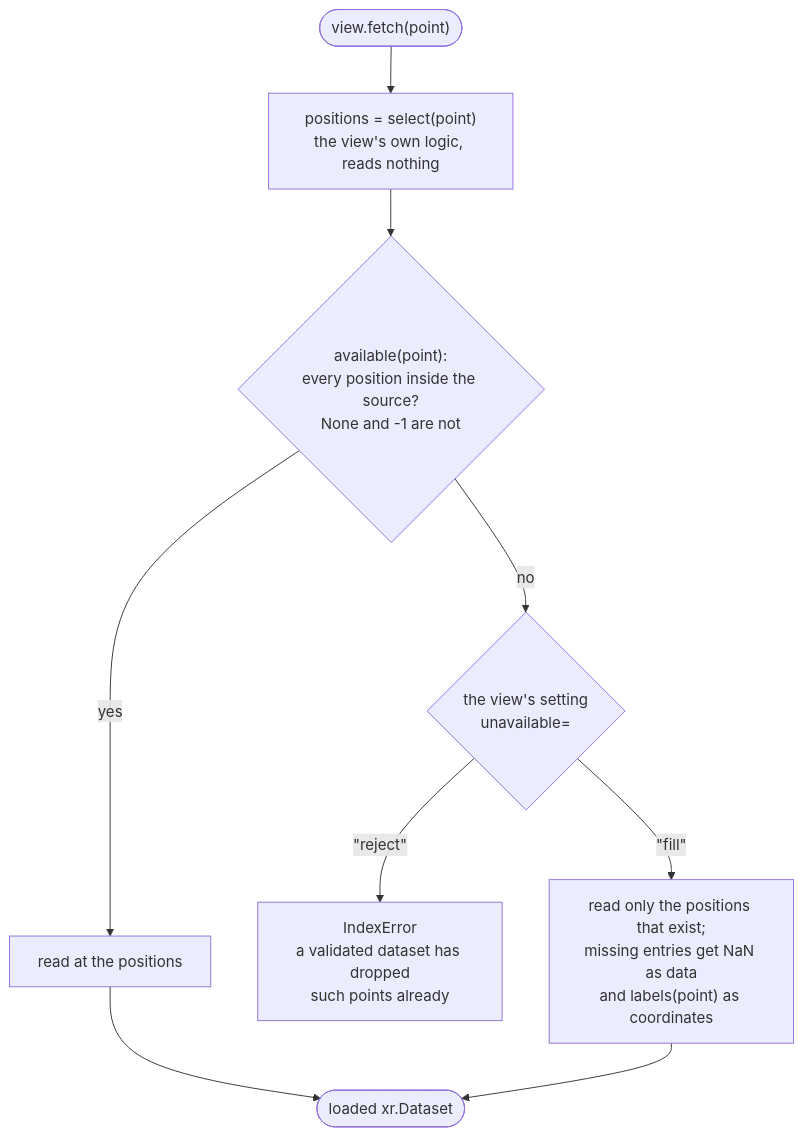
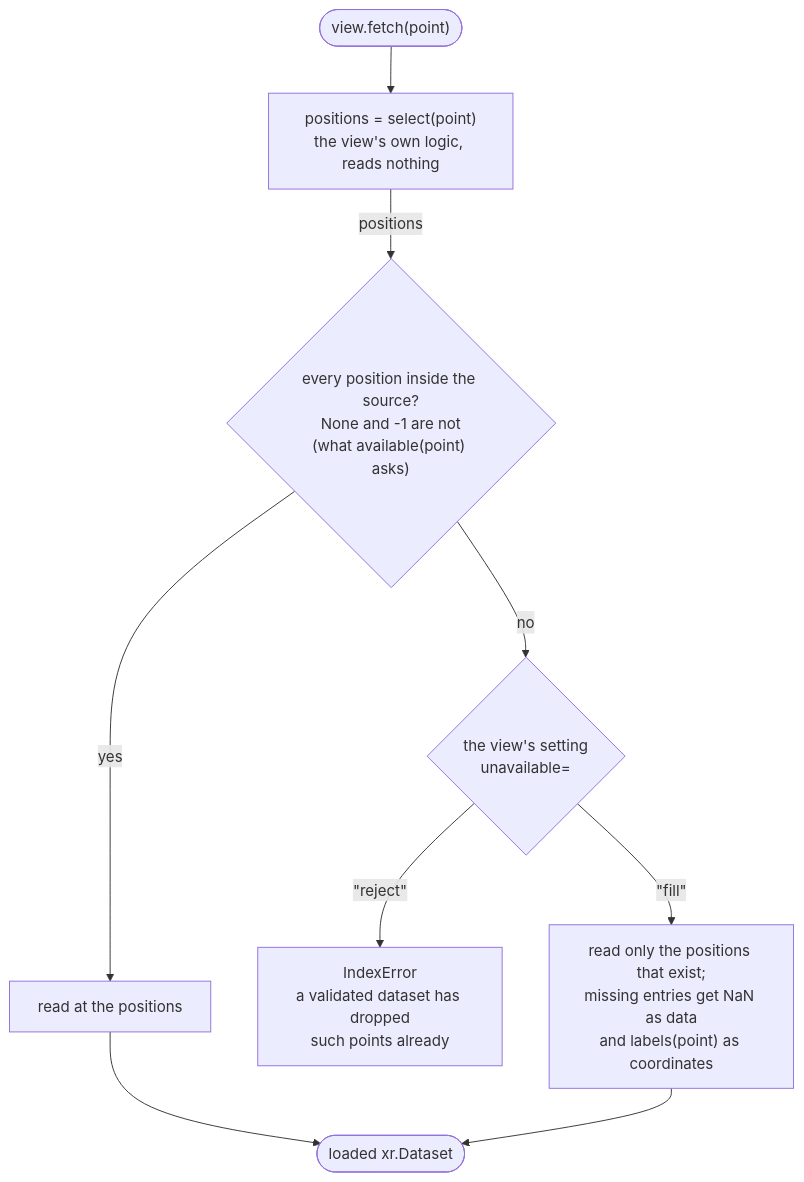
One commit to FabianSchubert/xarray_torch_dataset changed the third of 3 diagrams in README.md. Above: the diagram before and after it, drawn with Mermaid.

Commit message:
Name the check in the fetch diagram by its question
The check after select was labelled available(point), which suggested
that the point is passed on. Inside fetch it works on the positions
that select returned, so it is now named by its question, with
available(point) as the method that asks the same, and the arrow from
select is labelled with the positions it carries.

````diff
--- a/README.md
+++ b/README.md
@@ -100,11 +100,11 @@
 ```mermaid
 flowchart TD
     fetch(["view.fetch(point)"]) --> select["positions = select(point)<br/>the view's own logic, reads nothing"]
-    select --> complete{"available(point):<br/>every position inside the source?<br/>None and -1 are not"}
+    select -- "positions" --> complete{"every position inside the source?<br/>None and -1 are not<br/>(what available(point) asks)"}
     complete -- "yes" --> read["read at the positions"]
     complete -- "no" --> setting{"the view's setting<br/>unavailable="}
     setting -- "&quot;reject&quot;" --> error["IndexError<br/>a validated dataset has dropped<br/>such points already"]
     setting -- "&quot;fill&quot;" --> fill["read only the positions that exist;<br/>missing entries get NaN as data<br/>and labels(point) as coordinates"]
     read --> loaded(["loaded xr.Dataset"])
     fill --> loaded
 ```
````
